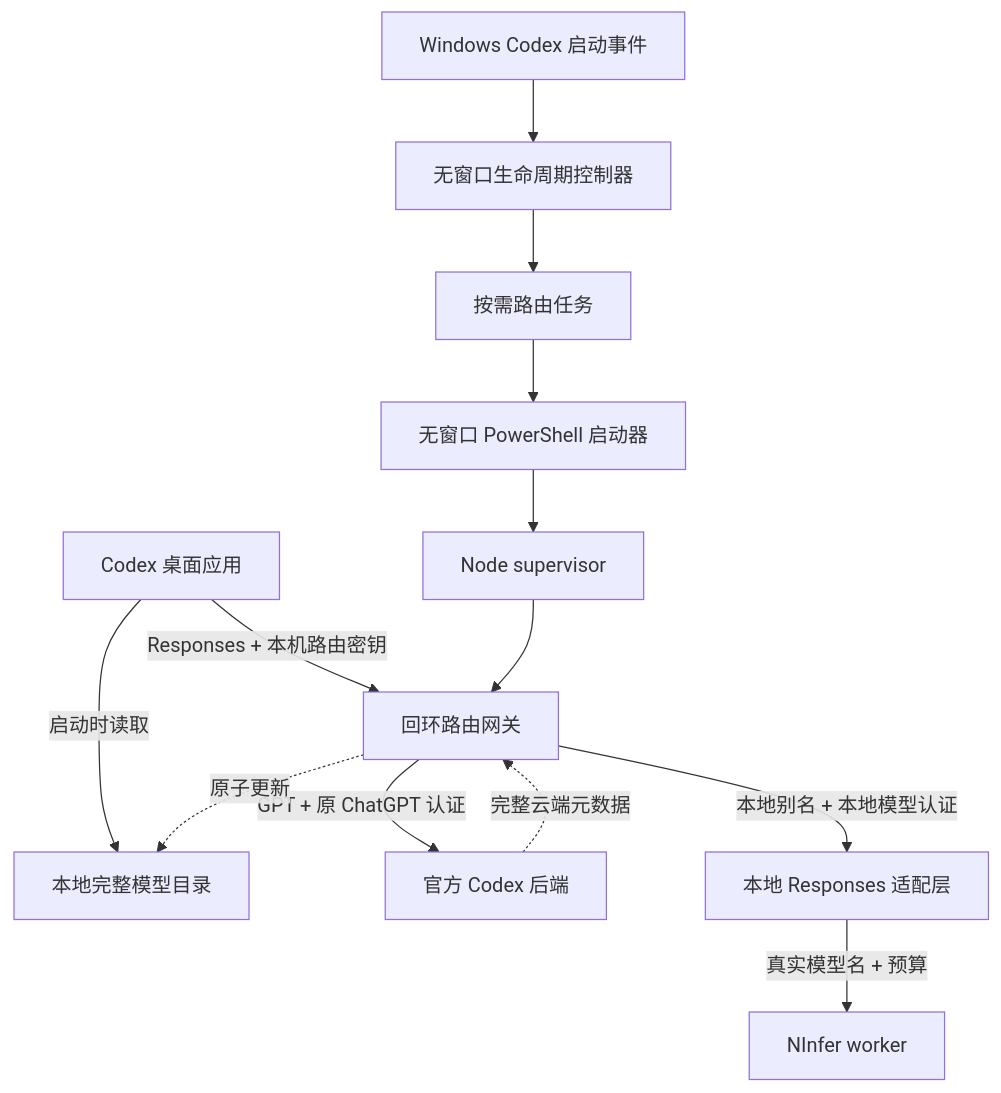
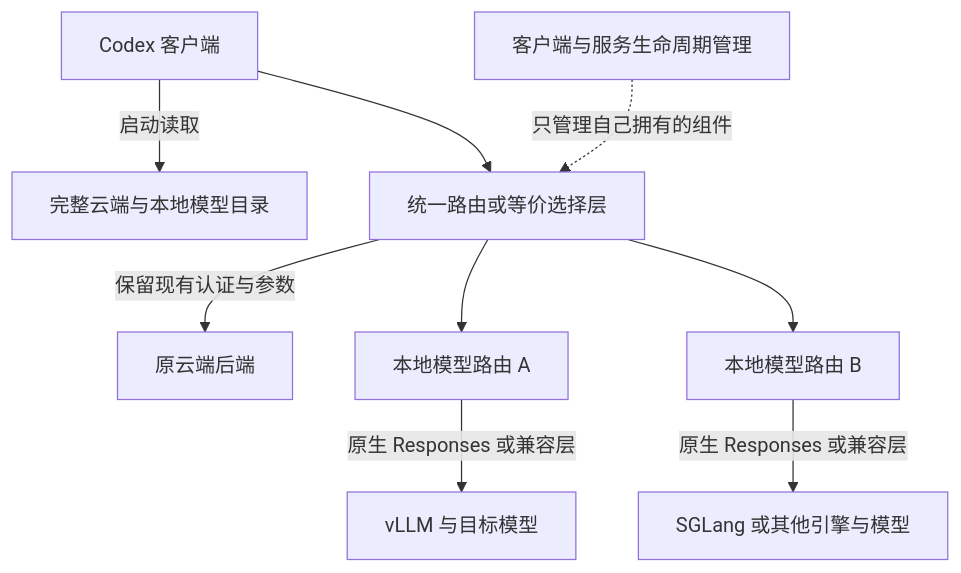
The diagram in docs/01-ARCHITECTURE.md (CaseYwY/Codex-Cloud-Local-Models-Guide), drawn with Mermaid before and after one commit. The commit also changed other lines of this file and 64 other files, not shown here.

````diff
--- a/docs/01-ARCHITECTURE.md
+++ b/docs/01-ARCHITECTURE.md
@@ -3,15 +5,11 @@
 ```mermaid
 flowchart TD
-    C[Codex 桌面应用] -->|启动时读取| M[本地完整模型目录]
-    C -->|Responses + 本机路由密钥| R[回环路由网关]
-    R -->|GPT + 原 ChatGPT 认证| O[官方 Codex 后端]
-    R -->|本地别名 + 本地模型认证| A[本地 Responses 适配层]
-    A -->|真实模型名 + 预算| N[NInfer worker]
-    O -.完整云端元数据.-> R
-    R -.原子更新.-> M
-    E[Windows Codex 启动事件] --> L[无窗口生命周期控制器]
-    L --> T[按需路由任务]
-    T --> P[无窗口 PowerShell 启动器]
-    P --> S[Node supervisor]
-    S --> R
+    C[Codex 客户端] -->|启动读取| M[完整云端与本地模型目录]
+    C --> R[统一路由或等价选择层]
+    R -->|保留现有认证与参数| O[原云端后端]
+    R --> A[本地模型路由 A]
+    R --> B[本地模型路由 B]
+    A -->|原生 Responses 或兼容层| V[vLLM 与目标模型]
+    B -->|原生 Responses 或兼容层| S[SGLang 或其他引擎与模型]
+    L[客户端与服务生命周期管理] -.只管理自己拥有的组件.-> R
 ```
````
